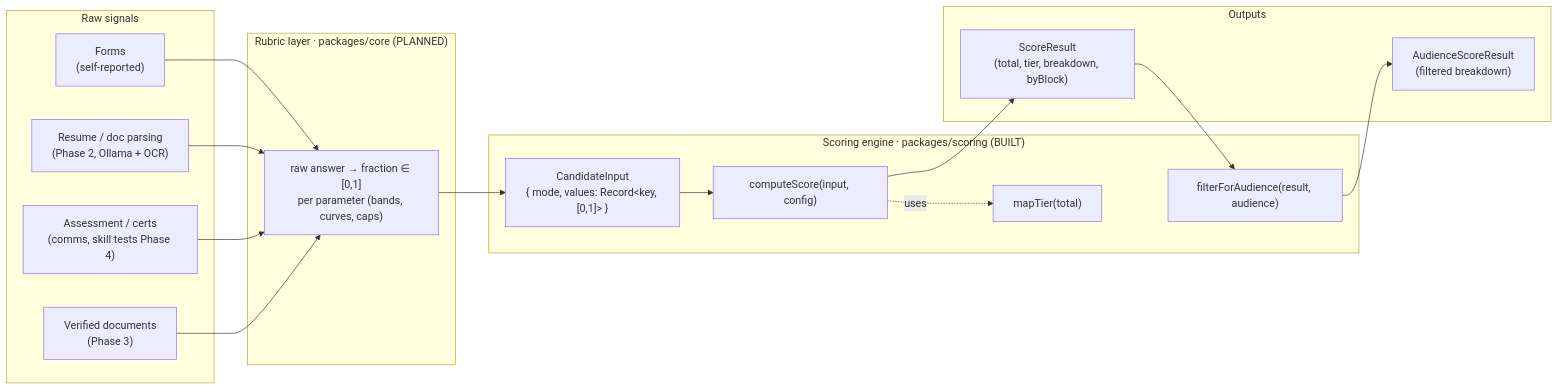
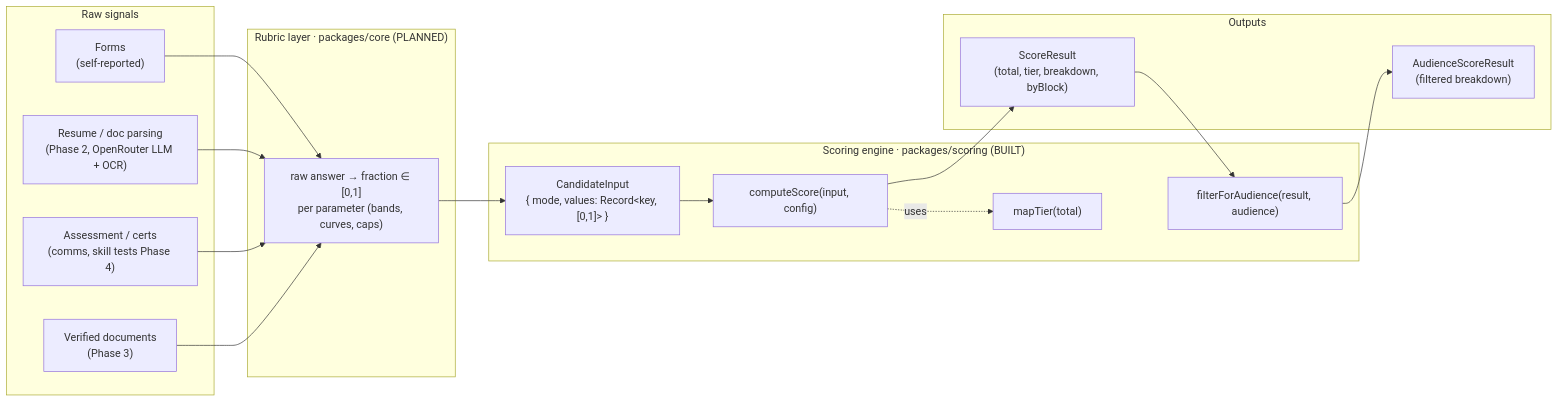
The first of 5 diagrams in docs/architecture/03-scoring-engine.md (yashranaway/stabil), drawn with Mermaid before and after one commit. The commit also changed other lines of this file and 27 other files, not shown here.

First line of the commit message:
Docs: switch AI provider from self-hosted Ollama to OpenRouter

````diff
--- a/docs/architecture/03-scoring-engine.md
+++ b/docs/architecture/03-scoring-engine.md
@@ -18,33 +18,33 @@
 ```mermaid
 flowchart LR
   subgraph inputs["Raw signals"]
     F["Forms<br/>(self-reported)"]
-    P["Resume / doc parsing<br/>(Phase 2, Ollama + OCR)"]
+    P["Resume / doc parsing<br/>(Phase 2, OpenRouter LLM + OCR)"]
     A["Assessment / certs<br/>(comms, skill tests Phase 4)"]
     V["Verified documents<br/>(Phase 3)"]
   end
 
   subgraph rubric["Rubric layer · packages/core (PLANNED)"]
     R["raw answer → fraction ∈ [0,1]<br/>per parameter (bands, curves, caps)"]
   end
 
   subgraph engine["Scoring engine · packages/scoring (BUILT)"]
     C["CandidateInput<br/>{ mode, values: Record&lt;key, [0,1]&gt; }"]
     S["computeScore(input, config)"]
     T["mapTier(total)"]
     AU["filterForAudience(result, audience)"]
   end
 
   subgraph out["Outputs"]
     SR["ScoreResult<br/>(total, tier, breakdown, byBlock)"]
     AR["AudienceScoreResult<br/>(filtered breakdown)"]
   end
 
   F --> R
   P --> R
   A --> R
   V --> R
   R --> C --> S --> SR
   S -. uses .-> T
   SR --> AU --> AR
 ```
````
